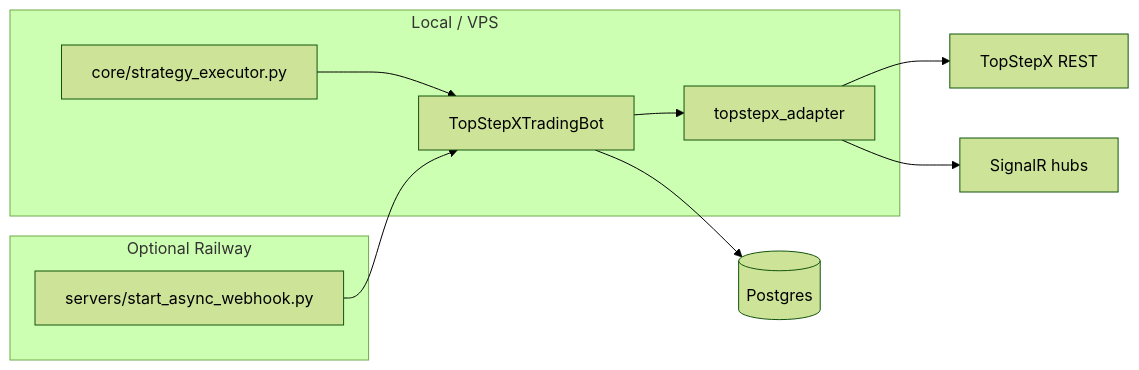
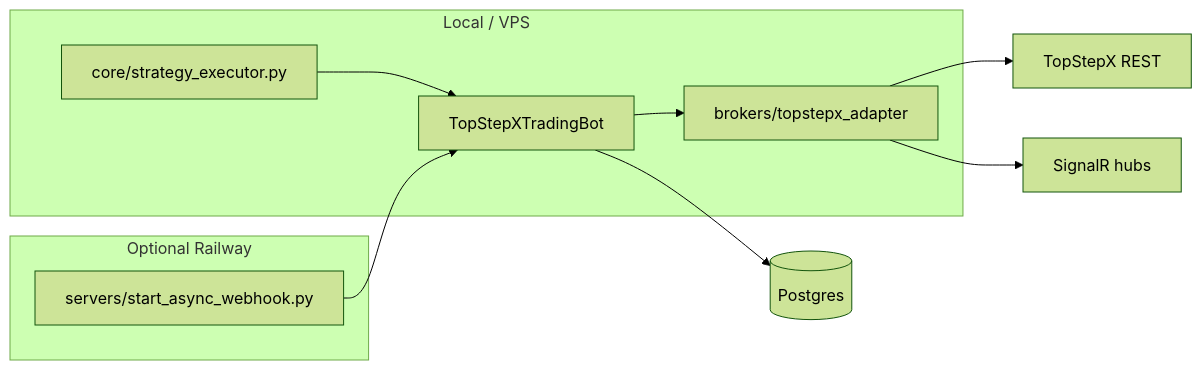
The diagram in README.md (knealy/tradeBotServer), drawn with Mermaid (forest theme) before and after one commit. The commit also changed other lines of this file and 72 other files, not shown here.

````diff
--- a/README.md
+++ b/README.md
@@ -22,16 +33,16 @@
 ```mermaid
 flowchart LR
   subgraph local [Local / VPS]
     ex[core/strategy_executor.py]
     bot[TopStepXTradingBot]
-    ad[topstepx_adapter]
+    ad[brokers/topstepx_adapter]
     ex --> bot --> ad
   end
   subgraph cloud [Optional Railway]
     wh[servers/start_async_webhook.py]
     wh --> bot
   end
   ad --> API[TopStepX REST]
   ad --> SR[SignalR hubs]
   bot --> DB[(Postgres)]
 ```
````
